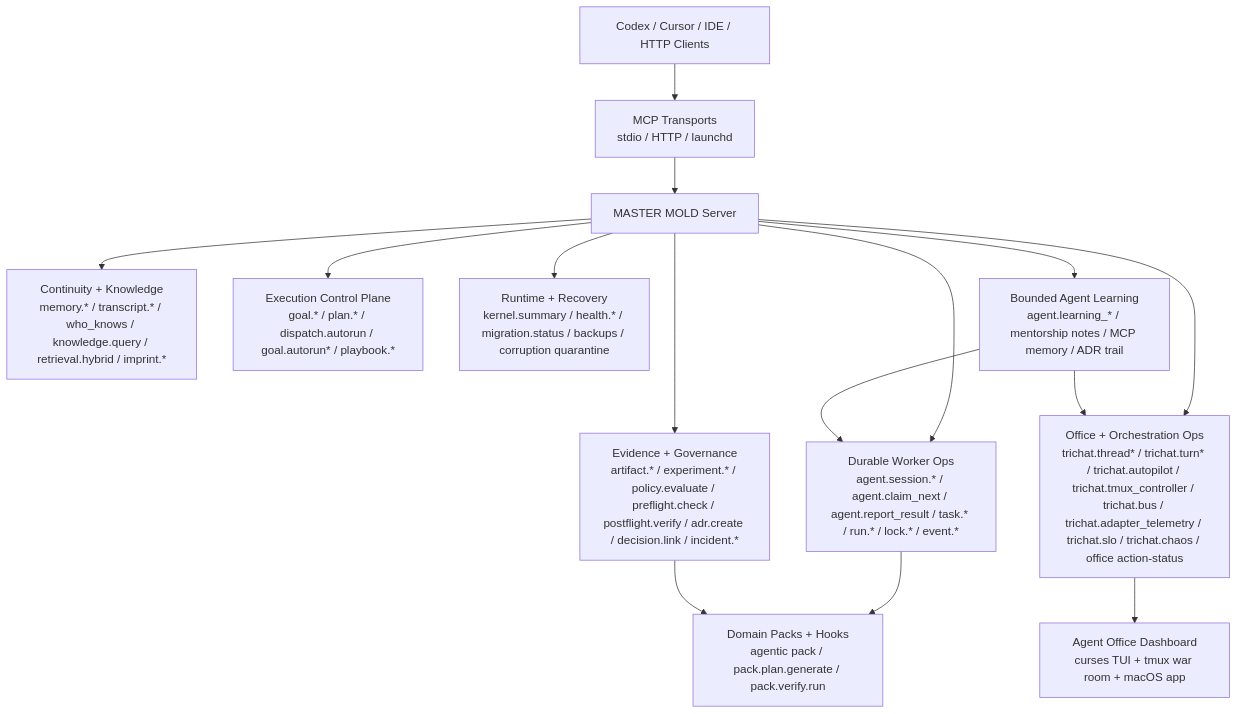
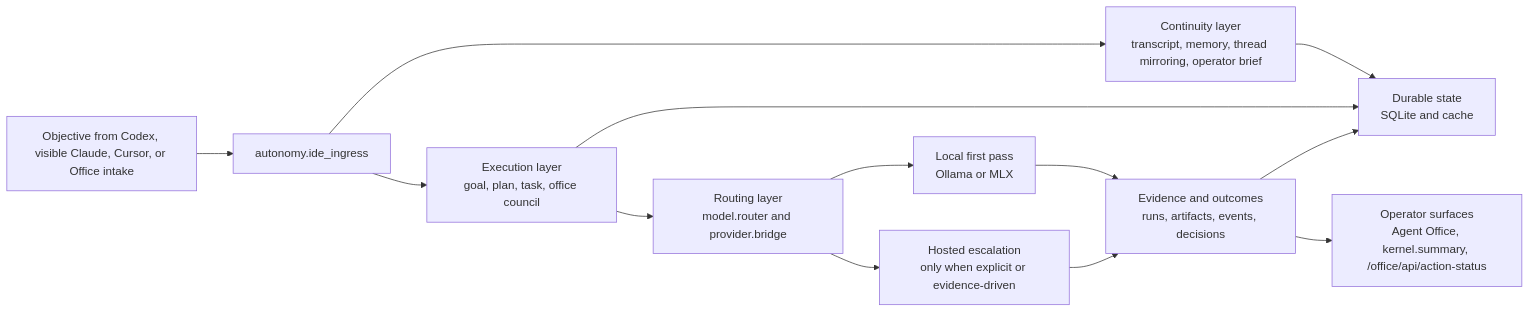
The second of 3 diagrams in README.md (driverd12/MCPlayground---Core-Template), drawn with Mermaid before and after one commit. The commit also changed other lines of this file and 1 other file, not shown here.

Commit message:
Reframe README around guided MASTER-MOLD story

````diff
--- a/README.md
+++ b/README.md
@@ -75,19 +82,15 @@
 ```mermaid
-flowchart TD
-  Clients["Codex / Cursor / IDE / HTTP Clients"] --> Transport["MCP Transports<br/>stdio / HTTP / launchd"]
-  Transport --> Kernel["MASTER MOLD Server"]
-
-  Kernel --> Memory["Continuity + Knowledge<br/>memory.* / transcript.* / who_knows / knowledge.query / retrieval.hybrid / imprint.*"]
-  Kernel --> Control["Execution Control Plane<br/>goal.* / plan.* / dispatch.autorun / goal.autorun* / playbook.*"]
-  Kernel --> Worker["Durable Worker Ops<br/>agent.session.* / agent.claim_next / agent.report_result / task.* / run.* / lock.* / event.*"]
-  Kernel --> Evidence["Evidence + Governance<br/>artifact.* / experiment.* / policy.evaluate / preflight.check / postflight.verify / adr.create / decision.link / incident.*"]
-  Kernel --> Office["Office + Orchestration Ops<br/>trichat.thread* / trichat.turn* / trichat.autopilot / trichat.tmux_controller / trichat.bus / trichat.adapter_telemetry / trichat.slo / trichat.chaos / office action-status"]
-  Kernel --> Health["Runtime + Recovery<br/>kernel.summary / health.* / migration.status / backups / corruption quarantine"]
-  Kernel --> Learning["Bounded Agent Learning<br/>agent.learning_* / mentorship notes / MCP memory / ADR trail"]
-
-  Office --> Dashboard["Agent Office Dashboard<br/>curses TUI + tmux war room + macOS app"]
-  Worker --> Packs["Domain Packs + Hooks<br/>agentic pack / pack.plan.generate / pack.verify.run"]
-  Evidence --> Packs
-  Learning --> Office
-  Learning --> Worker
+flowchart LR
+  Objective["Objective from Codex, visible Claude, Cursor, or Office intake"] --> Ingress["autonomy.ide_ingress"]
+  Ingress --> Continuity["Continuity layer<br/>transcript, memory, thread mirroring, operator brief"]
+  Ingress --> Planning["Execution layer<br/>goal, plan, task, office council"]
+  Planning --> Router["Routing layer<br/>model.router and provider.bridge"]
+  Router --> Local["Local first pass<br/>Ollama or MLX"]
+  Router --> Hosted["Hosted escalation<br/>only when explicit or evidence-driven"]
+  Local --> Evidence["Evidence and outcomes<br/>runs, artifacts, events, decisions"]
+  Hosted --> Evidence
+  Continuity --> State["Durable state<br/>SQLite and cache"]
+  Planning --> State
+  Evidence --> State
+  Evidence --> Office["Operator surfaces<br/>Agent Office, kernel.summary, /office/api/action-status"]
 ```
````
